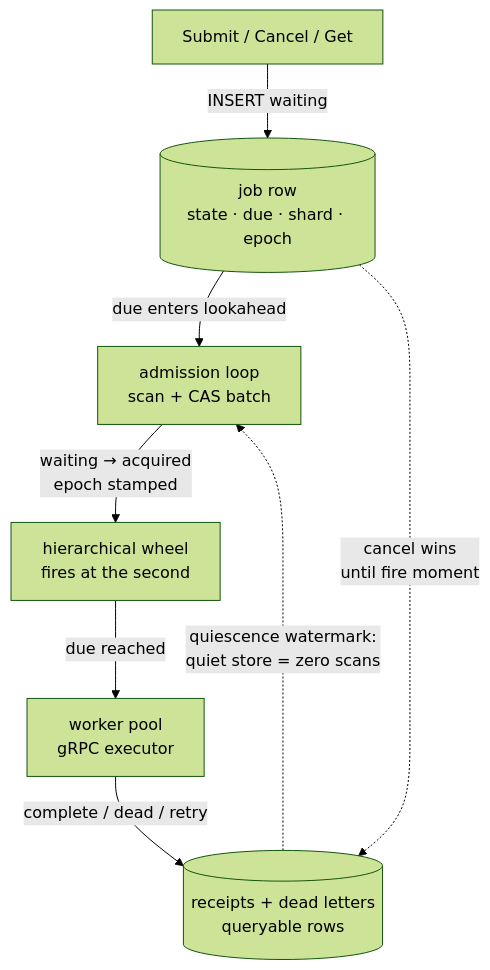
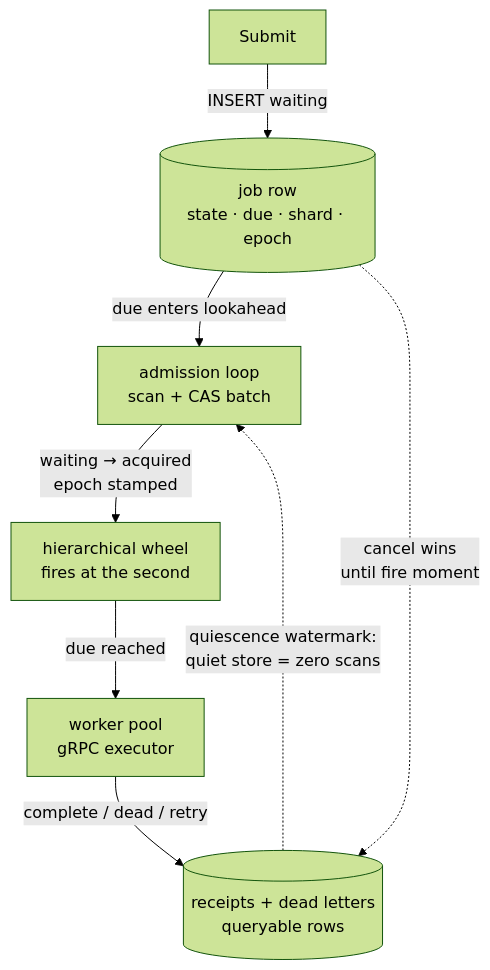
The first of 3 diagrams in README.md (EdwardShen125/hourglass), drawn with Mermaid (forest theme) before and after one commit.

Commit message:
docs: fire-path figure — entry node is Submit, not the API surface
Submit/Cancel/Get as one node emitting only INSERT waiting was misleading; Cancel already has its own dashed edge from the job row. Diagrams validated with mermaid 11 parse + render (all three OK).

````diff
--- a/README.md
+++ b/README.md
@@ -30,10 +30,10 @@
 ```mermaid
 flowchart TD
-    S["Submit / Cancel / Get"] -->|"INSERT waiting"| R[("job row<br/>state · due · shard · epoch")]
+    S["Submit"] -->|"INSERT waiting"| R[("job row<br/>state · due · shard · epoch")]
     R -->|"due enters lookahead"| AL["admission loop<br/>scan + CAS batch"]
     AL -->|"waiting → acquired<br/>epoch stamped"| W["hierarchical wheel<br/>fires at the second"]
     W -->|"due reached"| WP["worker pool<br/>gRPC executor"]
     WP -->|"complete / dead / retry"| RT[("receipts + dead letters<br/>queryable rows")]
     R -.->|"cancel wins<br/>until fire moment"| RT
     RT -.->|"quiescence watermark:<br/>quiet store = zero scans"| AL
 ```
````
